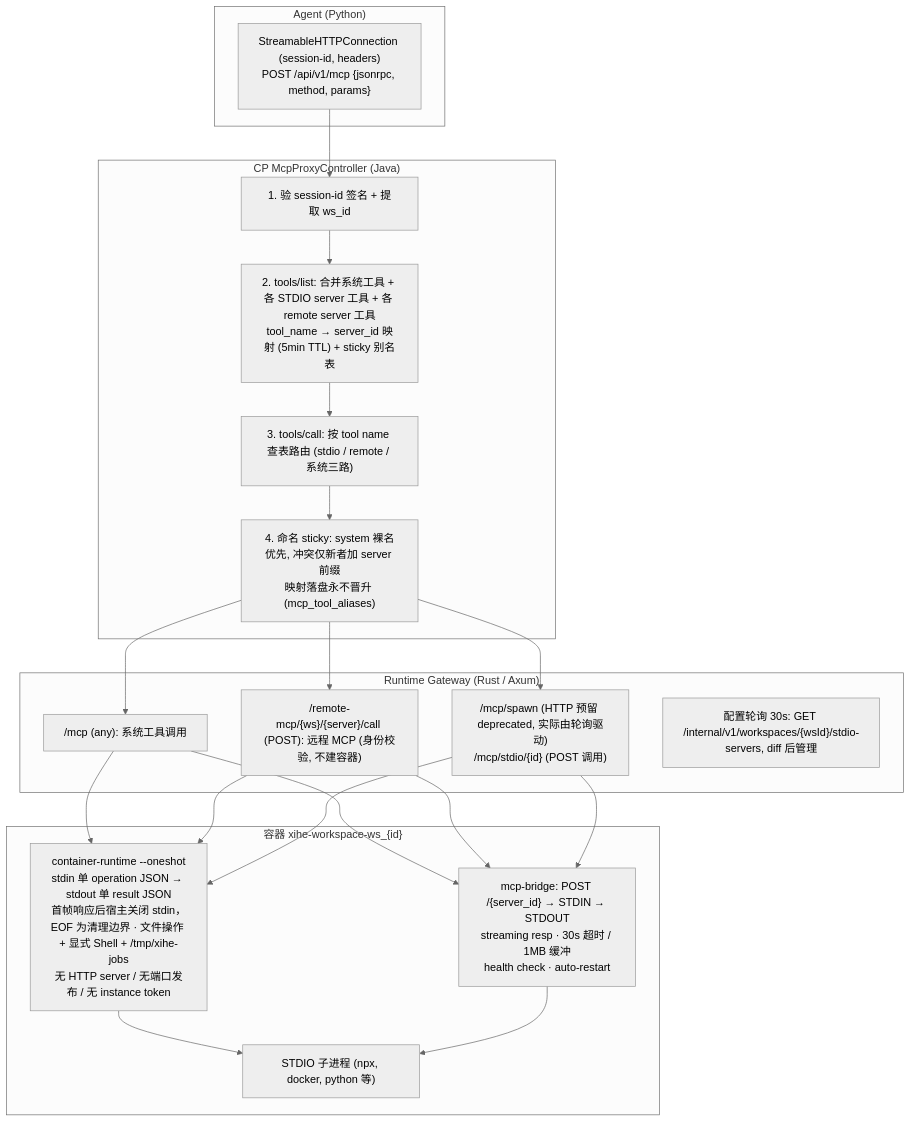
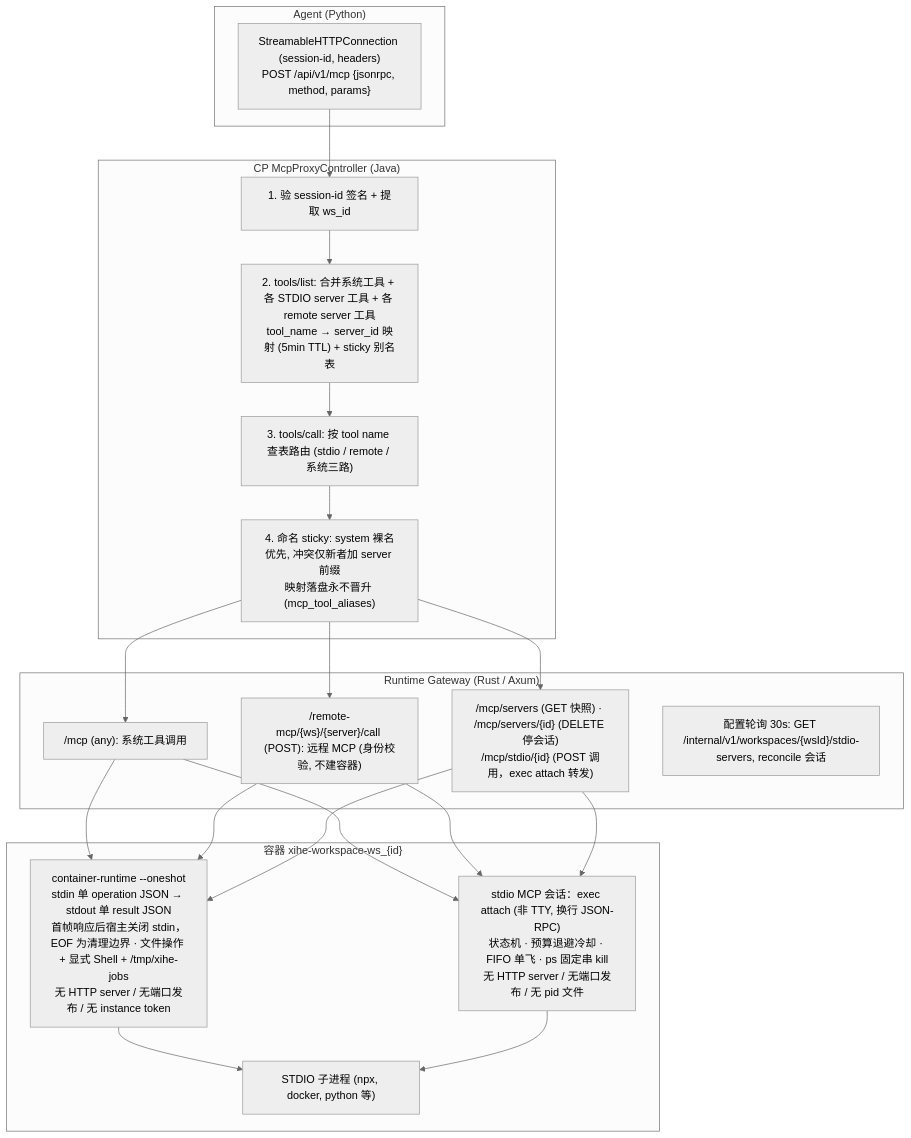
The first of 3 diagrams in docs/i18n/zh-Hans/DEV-016-mcp-architecture.md (cc01cc/xihe-project), drawn with Mermaid before and after one commit. The commit also changed other lines of this file and 8 other files, not shown here.

````diff
--- a/docs/i18n/zh-Hans/DEV-016-mcp-architecture.md
+++ b/docs/i18n/zh-Hans/DEV-016-mcp-architecture.md
@@ -27,25 +27,25 @@
 ```mermaid
 %%{init: {'theme': 'neutral'}}%%
 flowchart TD
     subgraph AG["Agent (Python)"]
         A1["StreamableHTTPConnection (session-id, headers)<br/>POST /api/v1/mcp {jsonrpc, method, params}"]
     end
     subgraph CP["CP McpProxyController (Java)"]
         C1["1. 验 session-id 签名 + 提取 ws_id"]
         C2["2. tools/list: 合并系统工具 + 各 STDIO server 工具 + 各 remote server 工具<br/>tool_name → server_id 映射 (5min TTL) + sticky 别名表"]
         C3["3. tools/call: 按 tool name 查表路由 (stdio / remote / 系统三路)"]
         C4["4. 命名 sticky: system 裸名优先, 冲突仅新者加 server 前缀<br/>映射落盘永不晋升 (mcp_tool_aliases)"]
     end
     subgraph GW["Runtime Gateway (Rust / Axum)"]
         G1["/mcp (any): 系统工具调用"]
         G2["/remote-mcp/{ws}/{server}/call (POST): 远程 MCP (身份校验, 不建容器)"]
-        G3["/mcp/spawn (HTTP 预留 deprecated, 实际由轮询驱动)<br/>/mcp/stdio/{id} (POST 调用)"]
-        G4["配置轮询 30s: GET /internal/v1/workspaces/{wsId}/stdio-servers, diff 后管理"]
+        G3["/mcp/servers (GET 快照) · /mcp/servers/{id} (DELETE 停会话)<br/>/mcp/stdio/{id} (POST 调用，exec attach 转发)"]
+        G4["配置轮询 30s: GET /internal/v1/workspaces/{wsId}/stdio-servers, reconcile 会话"]
     end
     subgraph SB["容器 xihe-workspace-ws_{id}"]
         S1["container-runtime --oneshot<br/>stdin 单 operation JSON → stdout 单 result JSON<br/>首帧响应后宿主关闭 stdin，EOF 为清理边界 · 文件操作 + 显式 Shell + /tmp/xihe-jobs<br/>无 HTTP server / 无端口发布 / 无 instance token"]
-        S2["mcp-bridge: POST /{server_id} → STDIN → STDOUT<br/>streaming resp · 30s 超时 / 1MB 缓冲<br/>health check · auto-restart"]
+        S2["stdio MCP 会话：exec attach (非 TTY, 换行 JSON-RPC)<br/>状态机 · 预算退避冷却 · FIFO 单飞 · ps 固定串 kill<br/>无 HTTP server / 无端口发布 / 无 pid 文件"]
         S3["STDIO 子进程 (npx, docker, python 等)"]
     end
     A1 --> C1 --> C2 --> C3 --> C4 --> G1 & G2 & G3 --> S1 & S2 --> S3
 ```
````
